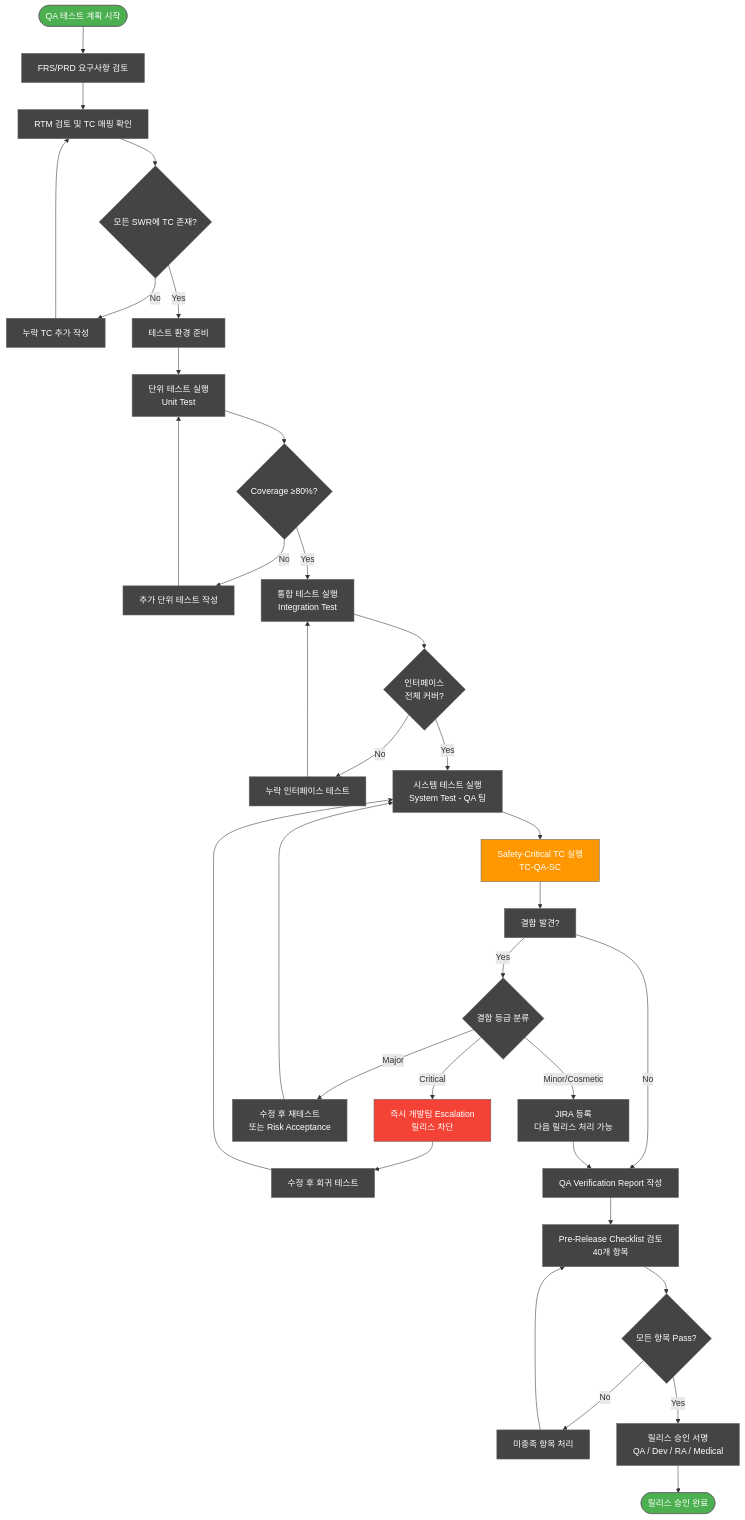
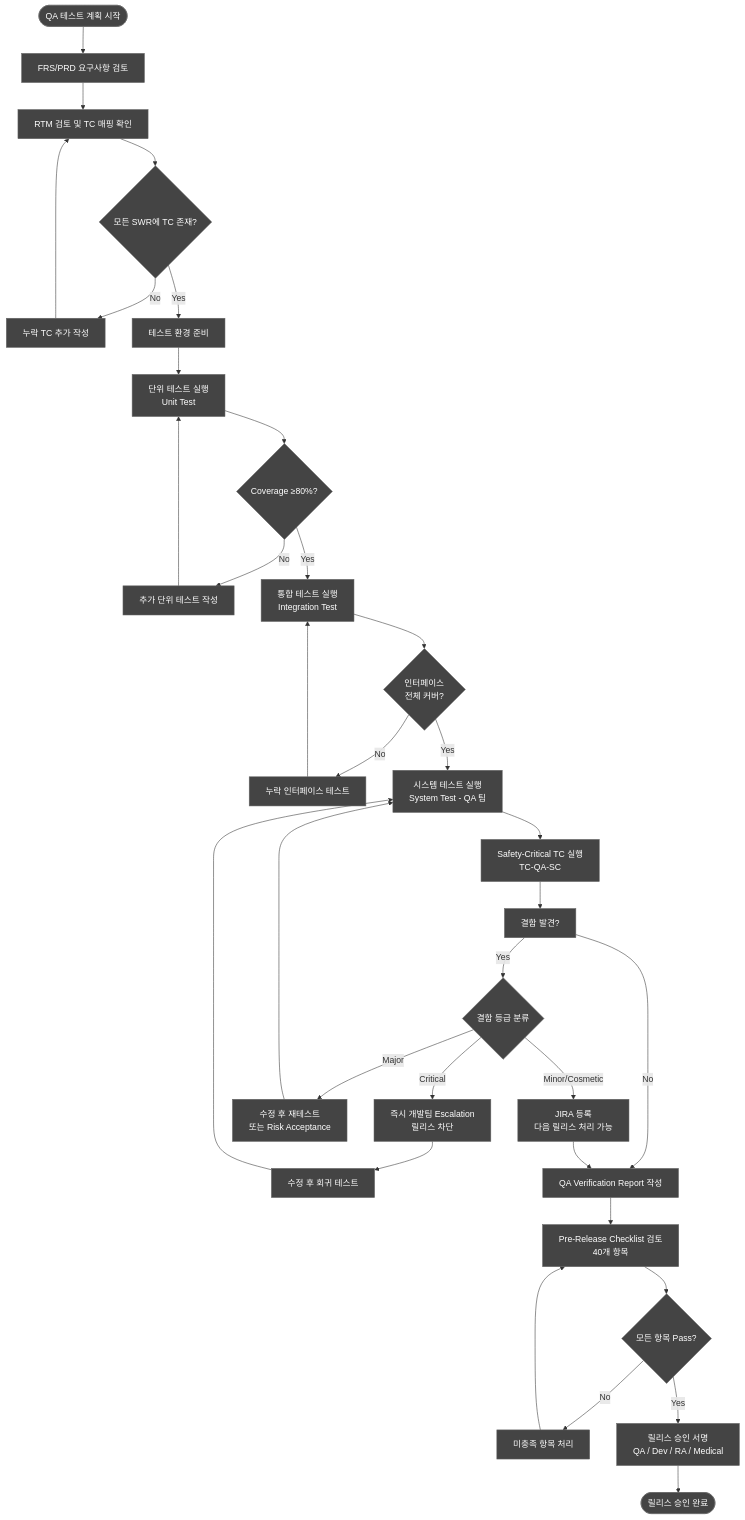
One commit to holee9/console-gui changed the first of 4 diagrams in docs/testing/DOC-030_QA_Test_Plan_v1.0.md. Above: the diagram before and after it, drawn with Mermaid. The commit also changed other lines of this file and 35 other files, not shown here.

First line of the commit message:
fix: 전체 Mermaid 차트 색상 진한 회색 통일

````diff
--- a/docs/testing/DOC-030_QA_Test_Plan_v1.0.md
+++ b/docs/testing/DOC-030_QA_Test_Plan_v1.0.md
@@ -620,41 +620,41 @@
 ```mermaid
 flowchart TD
     classDef default fill:#444,stroke:#666,color:#fff
     A([QA 테스트 계획 시작]) --> B[FRS/PRD 요구사항 검토]
     B --> C[RTM 검토 및 TC 매핑 확인]
     C --> D{모든 SWR에 TC 존재?}
     D -- No --> E[누락 TC 추가 작성]
     E --> C
     D -- Yes --> F[테스트 환경 준비]
     F --> G[단위 테스트 실행\nUnit Test]
     G --> H{Coverage ≥80%?}
     H -- No --> I[추가 단위 테스트 작성]
     I --> G
     H -- Yes --> J[통합 테스트 실행\nIntegration Test]
     J --> K{인터페이스\n전체 커버?}
     K -- No --> L[누락 인터페이스 테스트]
     L --> J
     K -- Yes --> M[시스템 테스트 실행\nSystem Test - QA 팀]
     M --> N[Safety-Critical TC 실행\nTC-QA-SC]
     N --> O[결함 발견?]
     O -- Yes --> P{결함 등급 분류}
     P -- Critical --> Q[즉시 개발팀 Escalation\n릴리스 차단]
     Q --> R[수정 후 회귀 테스트]
     R --> M
     P -- Major --> S[수정 후 재테스트\n또는 Risk Acceptance]
     S --> M
     P -- Minor/Cosmetic --> T[JIRA 등록\n다음 릴리스 처리 가능]
     O -- No --> U[QA Verification Report 작성]
     T --> U
     U --> V[Pre-Release Checklist 검토\n40개 항목]
     V --> W{모든 항목 Pass?}
     W -- No --> X[미충족 항목 처리]
     X --> V
     W -- Yes --> Y[릴리스 승인 서명\nQA / Dev / RA / Medical]
     Y --> Z([릴리스 승인 완료])
 
-    style A fill:#4CAF50,color:#fff
-    style Z fill:#4CAF50,color:#fff
-    style Q fill:#f44336,color:#fff
-    style N fill:#FF9800,color:#fff
+    style A fill:#444,color:#fff
+    style Z fill:#444,color:#fff
+    style Q fill:#444,color:#fff
+    style N fill:#444,color:#fff
 ```
````
